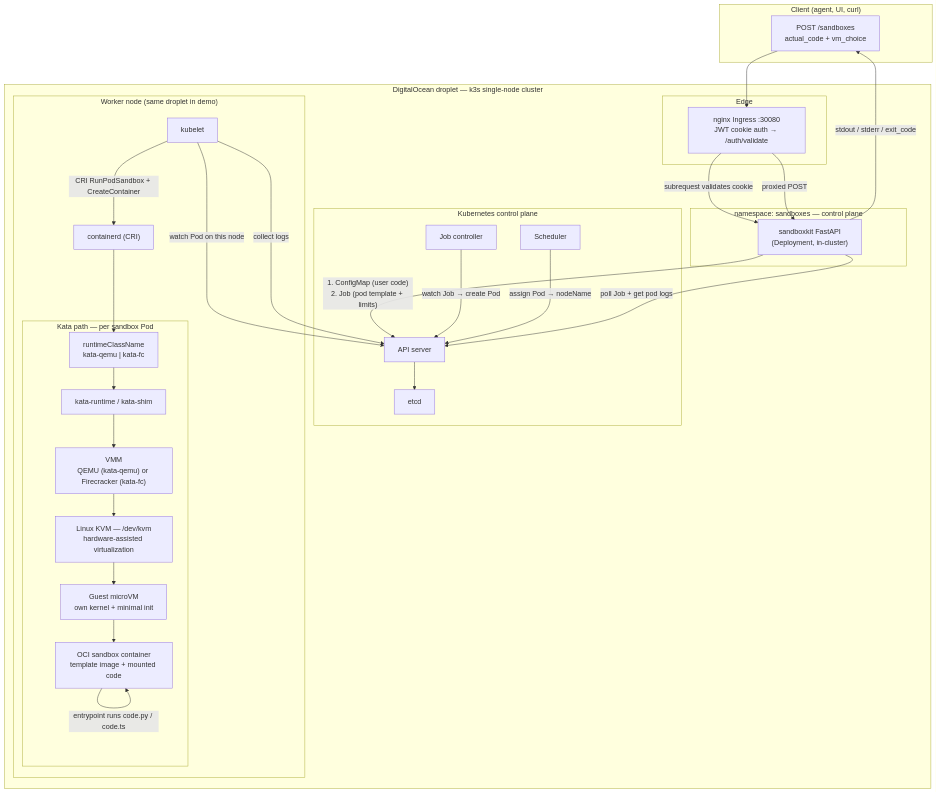
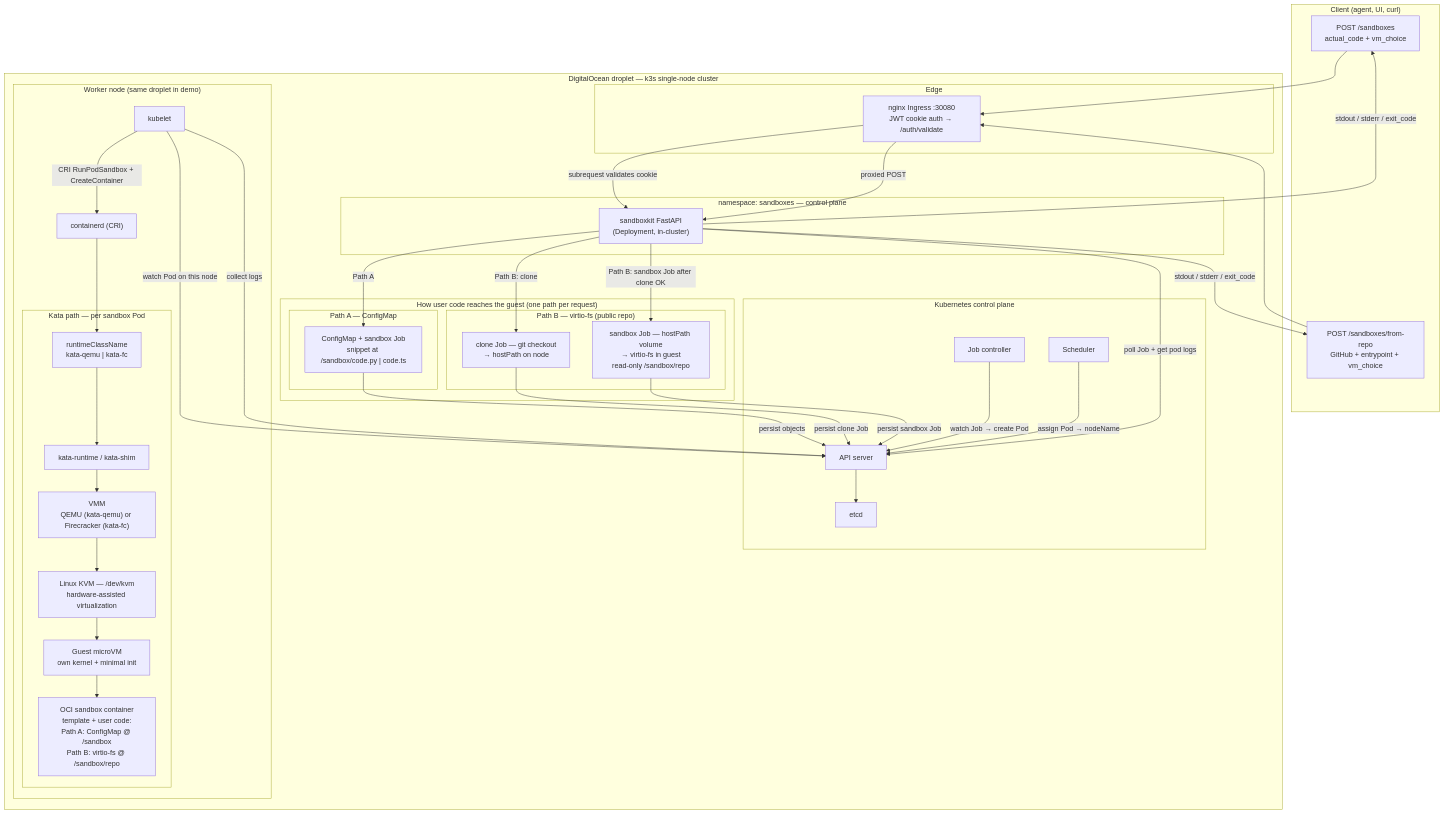
Before and after one commit to deepjyotk/sandboxkit: the diagram in README.md, drawn with Mermaid. The commit also changed other lines of this file and 14 other files, not shown here.

First line of the commit message:
Implement GitHub repo support for sandboxes

````diff
--- a/README.md
+++ b/README.md
@@ -92,56 +92,73 @@
 ```mermaid
 flowchart TB
   subgraph client["Client (agent, UI, curl)"]
-    C["POST /sandboxes<br/>actual_code + vm_choice"]
+    C1["POST /sandboxes<br/>actual_code + vm_choice"]
+    C2["POST /sandboxes/from-repo<br/>GitHub + entrypoint + vm_choice"]
   end
 
   subgraph droplet["DigitalOcean droplet — k3s single-node cluster"]
     subgraph edge["Edge"]
       NG["nginx Ingress :30080<br/>JWT cookie auth → /auth/validate"]
     end
 
     subgraph cp_ns["namespace: sandboxes — control plane"]
       API["sandboxkit FastAPI<br/>(Deployment, in-cluster)"]
+    end
+
+    subgraph code_paths["How user code reaches the guest (one path per request)"]
+      subgraph path_a["Path A — ConfigMap"]
+        CM["ConfigMap + sandbox Job<br/>snippet at /sandbox/code.py | code.ts"]
+      end
+      subgraph path_b["Path B — virtio-fs (public repo)"]
+        CL["clone Job — git checkout<br/>→ hostPath on node"]
+        SBX["sandbox Job — hostPath volume<br/>→ virtio-fs in guest<br/>read-only /sandbox/repo"]
+      end
     end
 
     subgraph k8s_cp["Kubernetes control plane"]
       ETCD["etcd"]
       APIS["API server"]
       JC["Job controller"]
       SCH["Scheduler"]
     end
 
     subgraph worker["Worker node (same droplet in demo)"]
       KBL["kubelet"]
       CTR["containerd (CRI)"]
       subgraph kata_stack["Kata path — per sandbox Pod"]
         RC["runtimeClassName<br/>kata-qemu | kata-fc"]
         KRT["kata-runtime / kata-shim"]
         VMM["VMM<br/>QEMU (kata-qemu) or Firecracker (kata-fc)"]
         KVM["Linux KVM — /dev/kvm<br/>hardware-assisted virtualization"]
         GUEST["Guest microVM<br/>own kernel + minimal init"]
-        OCI["OCI sandbox container<br/>template image + mounted code"]
+        OCI["OCI sandbox container<br/>template + user code:<br/>Path A: ConfigMap @ /sandbox<br/>Path B: virtio-fs @ /sandbox/repo"]
       end
     end
   end
 
-  C --> NG
+  C1 --> NG
+  C2 --> NG
   NG -->|"subrequest validates cookie"| API
   NG -->|"proxied POST"| API
-  API -->|"1. ConfigMap (user code)<br/>2. Job (pod template + limits)"| APIS
+  API -->|"Path A"| CM
+  API -->|"Path B: clone"| CL
+  API -->|"Path B: sandbox Job after clone OK"| SBX
+  CM -->|"persist objects"| APIS
+  CL -->|"persist clone Job"| APIS
+  SBX -->|"persist sandbox Job"| APIS
   APIS --> ETCD
   JC -->|"watch Job → create Pod"| APIS
   SCH -->|"assign Pod → nodeName"| APIS
   KBL -->|"watch Pod on this node"| APIS
   KBL -->|"CRI RunPodSandbox + CreateContainer"| CTR
   CTR --> RC
   RC --> KRT
   KRT --> VMM
   VMM --> KVM
   KVM --> GUEST
   GUEST --> OCI
-  OCI -->|"entrypoint runs code.py / code.ts"| OCI
   KBL -->|"collect logs"| APIS
   API -->|"poll Job + get pod logs"| APIS
-  API -->|"stdout / stderr / exit_code"| C
+  API -->|"stdout / stderr / exit_code"| C1
+  API -->|"stdout / stderr / exit_code"| C2
 ```
````
